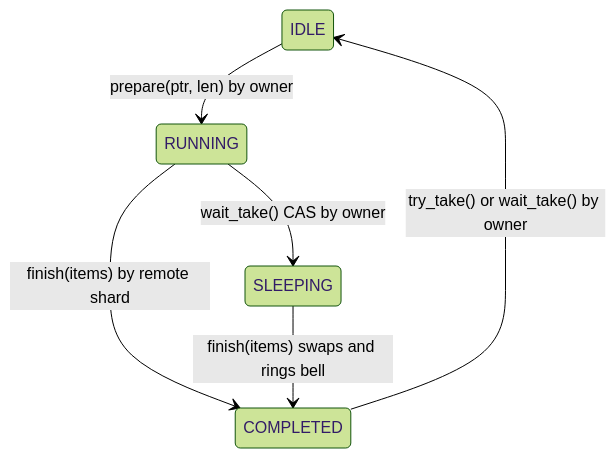
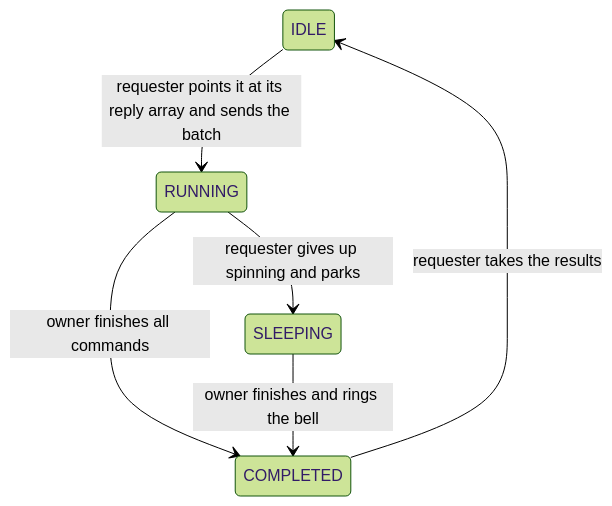
The fourth of 4 diagrams in docs/internal/04_sharding_mesh.md (warrenzhu25/rudis), drawn with Mermaid (forest theme) before and after one commit. The commit also changed other lines of this file and 18 other files, not shown here.

````diff
--- a/docs/internal/04_sharding_mesh.md
+++ b/docs/internal/04_sharding_mesh.md
@@ -592,8 +552,8 @@
 ```mermaid
 stateDiagram-v2
-    IDLE --> RUNNING: prepare(ptr, len) by owner
-    RUNNING --> COMPLETED: finish(items) by remote shard
-    RUNNING --> SLEEPING: wait_take() CAS by owner
-    SLEEPING --> COMPLETED: finish(items) swaps and rings bell
-    COMPLETED --> IDLE: try_take() or wait_take() by owner
+    IDLE --> RUNNING: requester points it at its reply array and sends the batch
+    RUNNING --> COMPLETED: owner finishes all commands
+    RUNNING --> SLEEPING: requester gives up spinning and parks
+    SLEEPING --> COMPLETED: owner finishes and rings the bell
+    COMPLETED --> IDLE: requester takes the results
 ```
````
